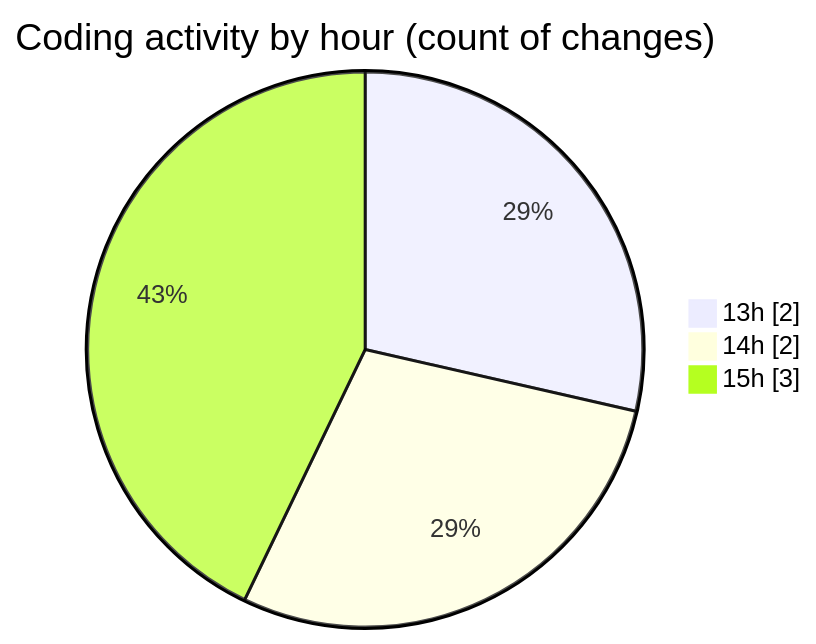
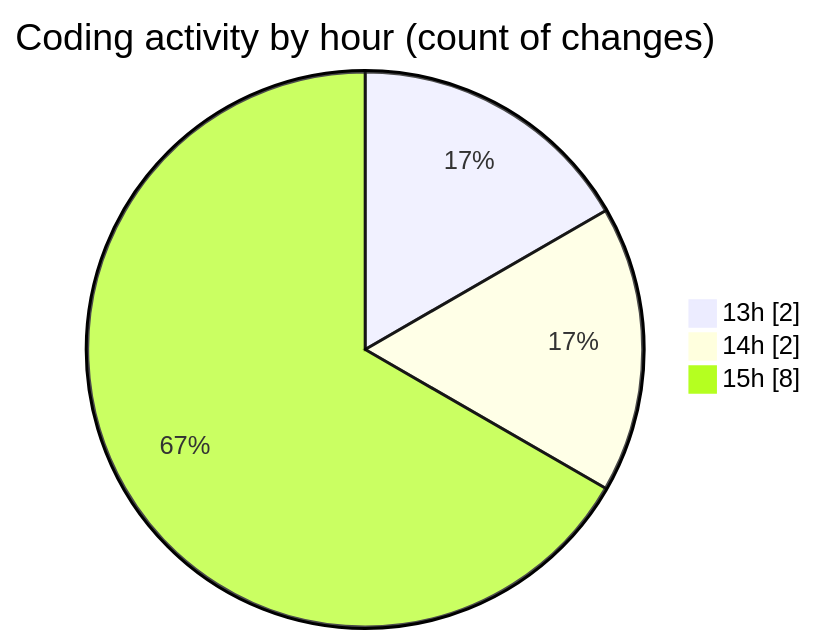
One commit to EIIisD/code-tracking changed the second of 2 diagrams in 2025-07-23/transactions-new/README.md. Above: the diagram before and after it, drawn with Mermaid. The commit also changed other lines of this file and 1 other file, not shown here.

````diff
--- a/2025-07-23/transactions-new/README.md
+++ b/2025-07-23/transactions-new/README.md
@@ -31,7 +35,7 @@
 ```mermaid
 pie showData
 title Coding activity by hour (count of changes)
 "13h" : 2
 "14h" : 2
-"15h" : 3
+"15h" : 8
 ```
````
